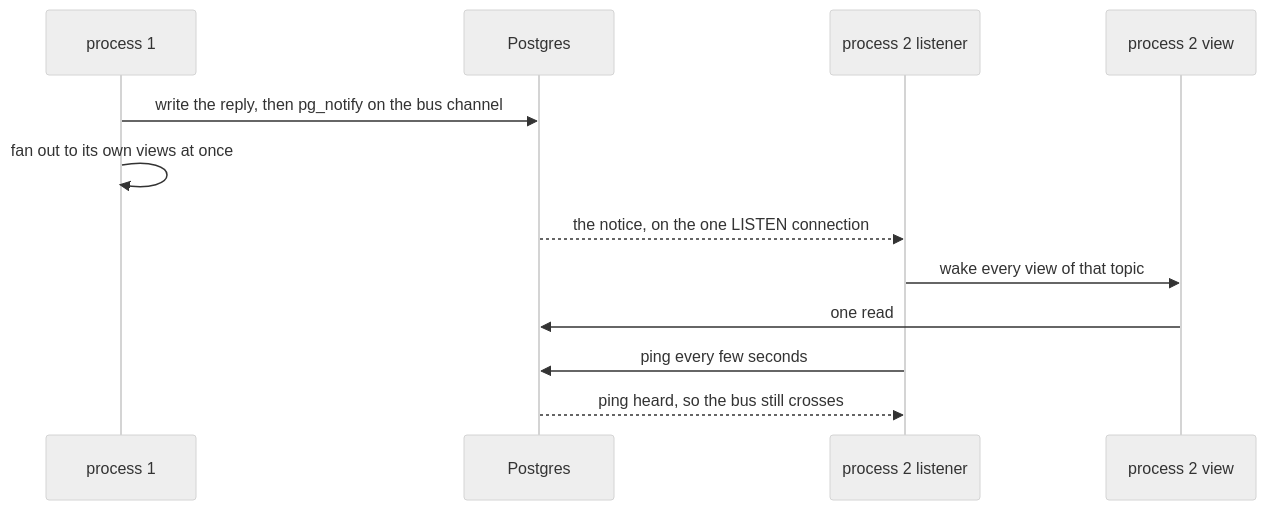
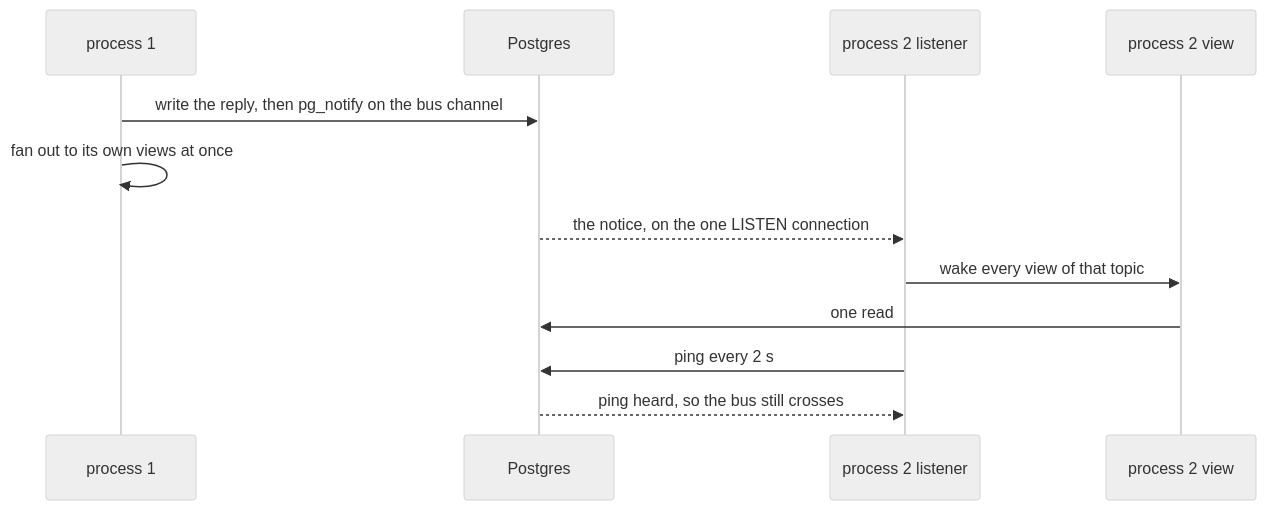
The second of 2 diagrams in specs/issues/FIX-2427/SPEC.md (fixpoint-labs/flow-state-dev), drawn with Mermaid (neutral theme) before and after one commit. The commit also changed other lines of this file and 2 other files, not shown here.

````diff
--- a/specs/issues/FIX-2427/SPEC.md
+++ b/specs/issues/FIX-2427/SPEC.md
@@ -75,14 +75,14 @@
 ```mermaid
 sequenceDiagram
   participant P1 as process 1
   participant PG as Postgres
   participant L as process 2 listener
   participant V as process 2 view
   P1->>PG: write the reply, then pg_notify on the bus channel
   P1->>P1: fan out to its own views at once
   PG-->>L: the notice, on the one LISTEN connection
   L->>V: wake every view of that topic
   V->>PG: one read
-  L->>PG: ping every few seconds
+  L->>PG: ping every 2 s
   PG-->>L: ping heard, so the bus still crosses
 ```
````
